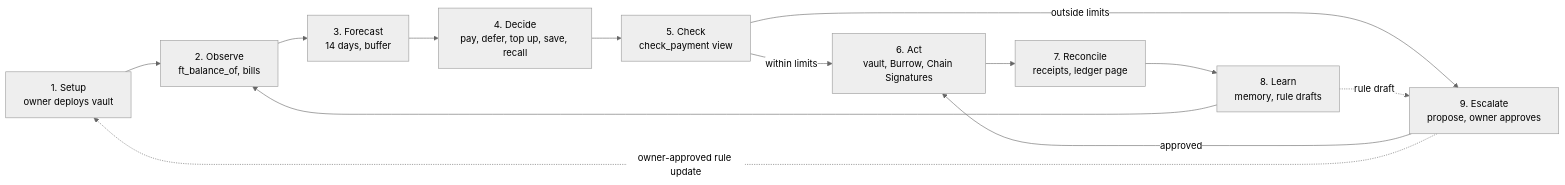
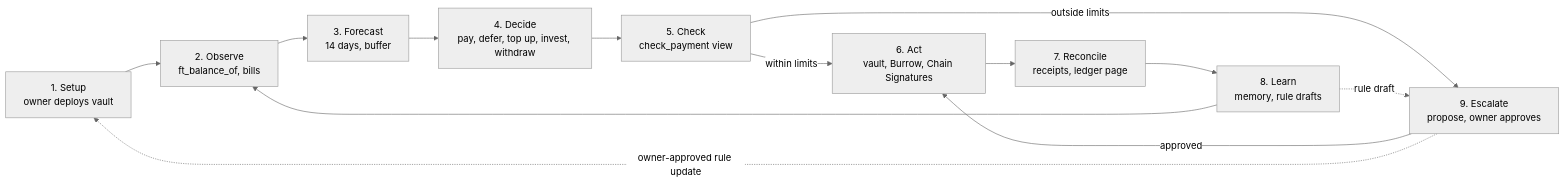
Before and after one commit to Ultraviolet01/Keel: the diagram in README.md, drawn with Mermaid (neutral theme). The commit also changed other lines of this file and 7 other files, not shown here.

````diff
--- a/README.md
+++ b/README.md
@@ -76,11 +76,11 @@
 ```mermaid
 flowchart LR
   S["1. Setup<br/>owner deploys vault"] --> O["2. Observe<br/>ft_balance_of, bills"]
-  O --> F["3. Forecast<br/>14 days, buffer"] --> D["4. Decide<br/>pay, defer, top up, save, recall"] --> C["5. Check<br/>check_payment view"]
+  O --> F["3. Forecast<br/>14 days, buffer"] --> D["4. Decide<br/>pay, defer, top up, invest, withdraw"] --> C["5. Check<br/>check_payment view"]
   C -- within limits --> A["6. Act<br/>vault, Burrow, Chain Signatures"]
   C -- outside limits --> E["9. Escalate<br/>propose, owner approves"]
   E -- approved --> A
   A --> R["7. Reconcile<br/>receipts, ledger page"] --> L["8. Learn<br/>memory, rule drafts"] --> O
   L -. rule draft .-> E
   E -. owner-approved rule update .-> S
 ```
````
